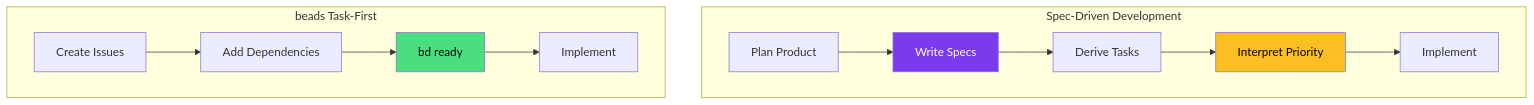
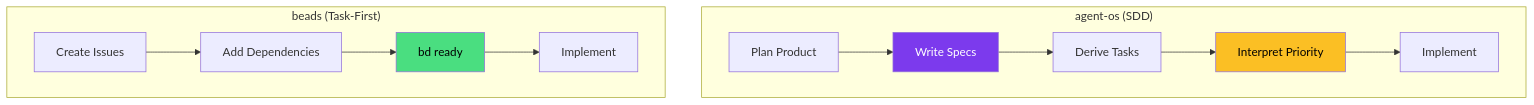
One commit to koustubh25/mission-house changed the third of 5 diagrams in docs/blog/part2-beads-deep-dive.md. Above: the diagram before and after it, drawn with Mermaid. The commit also changed other lines of this file and 1 other file, not shown here.

First line of the commit message:
docs: Clarify that comparison is specific to agent-os, not all SDD

````diff
--- a/docs/blog/part2-beads-deep-dive.md
+++ b/docs/blog/part2-beads-deep-dive.md
@@ -230,25 +232,25 @@
 ```mermaid
 flowchart TB
-    subgraph SDD["Spec-Driven Development"]
+    subgraph AgentOS["agent-os (SDD)"]
         S1["Plan Product"]
         S2["Write Specs"]
         S3["Derive Tasks"]
         S4["Interpret Priority"]
         S5["Implement"]
 
         S1 --> S2 --> S3 --> S4 --> S5
     end
 
-    subgraph Beads["beads Task-First"]
+    subgraph Beads["beads (Task-First)"]
         B1["Create Issues"]
         B2["Add Dependencies"]
         B3["bd ready"]
         B4["Implement"]
 
         B1 --> B2 --> B3 --> B4
     end
 
     style S2 fill:#7c3aed,color:#fff
     style S4 fill:#fbbf24,color:#000
     style B3 fill:#4ade80,color:#000
 ```
````
